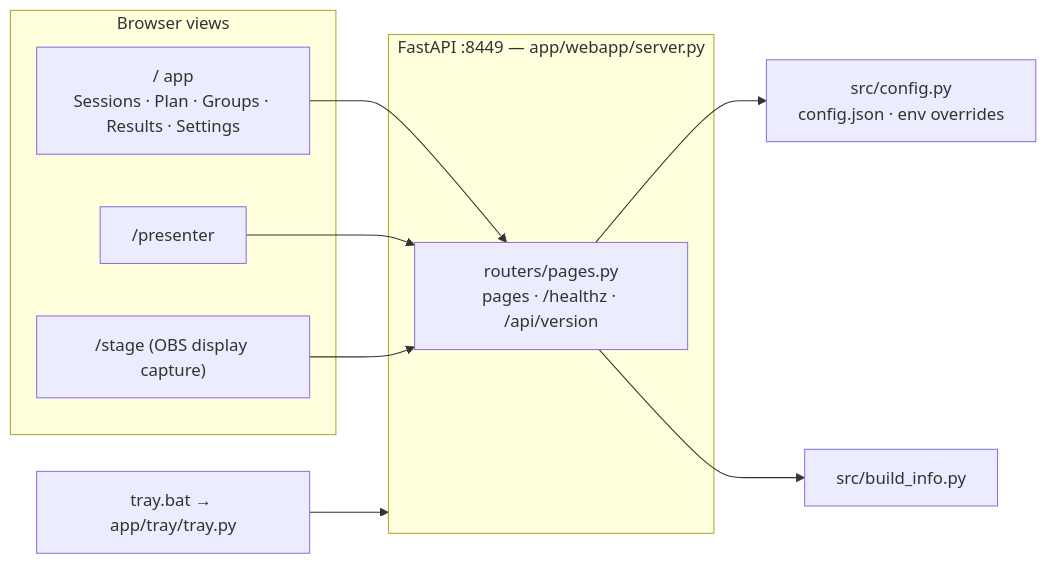
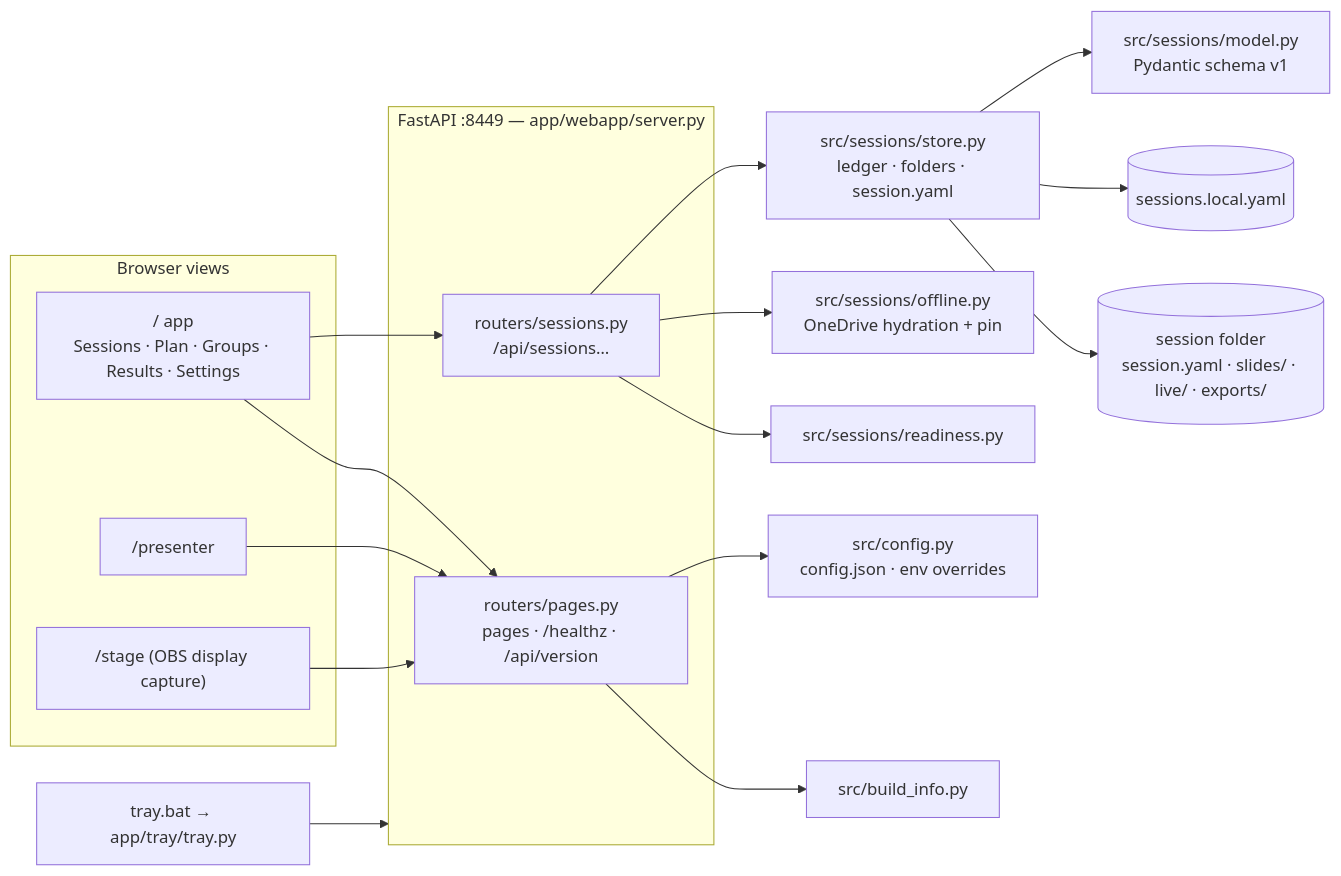
Before and after one commit to ferraroroberto/facilitation-suite: the diagram in docs/architecture.mmd, drawn with Mermaid. The commit also changed 18 other files, not shown here.

First line of the commit message:
feat: session folders, ledger, offline check and Sessions tab (#3) (#19)

```diff
--- a/docs/architecture.mmd
+++ b/docs/architecture.mmd
@@ -1,16 +1,24 @@
 %% facilitation-suite — internal structure (hand-authored; update with structural changes)
 flowchart LR
   subgraph clients[Browser views]
     appv["/ app<br/>Sessions · Plan · Groups · Results · Settings"]
     presenter["/presenter"]
     stage["/stage (OBS display capture)"]
   end
   tray["tray.bat → app/tray/tray.py"] --> server
   subgraph server[FastAPI :8449 — app/webapp/server.py]
     pages["routers/pages.py<br/>pages · /healthz · /api/version"]
+    sessr["routers/sessions.py<br/>/api/sessions…"]
   end
+  sessr --> store["src/sessions/store.py<br/>ledger · folders · session.yaml"]
+  store --> model["src/sessions/model.py<br/>Pydantic schema v1"]
+  sessr --> offline["src/sessions/offline.py<br/>OneDrive hydration + pin"]
+  sessr --> ready["src/sessions/readiness.py"]
+  store --> ledger[("sessions.local.yaml")]
+  store --> folder[("session folder<br/>session.yaml · slides/ · live/ · exports/")]
   appv --> pages
+  appv --> sessr
   presenter --> pages
   stage --> pages
   pages --> cfg["src/config.py<br/>config.json · env overrides"]
   pages --> build["src/build_info.py"]
```
